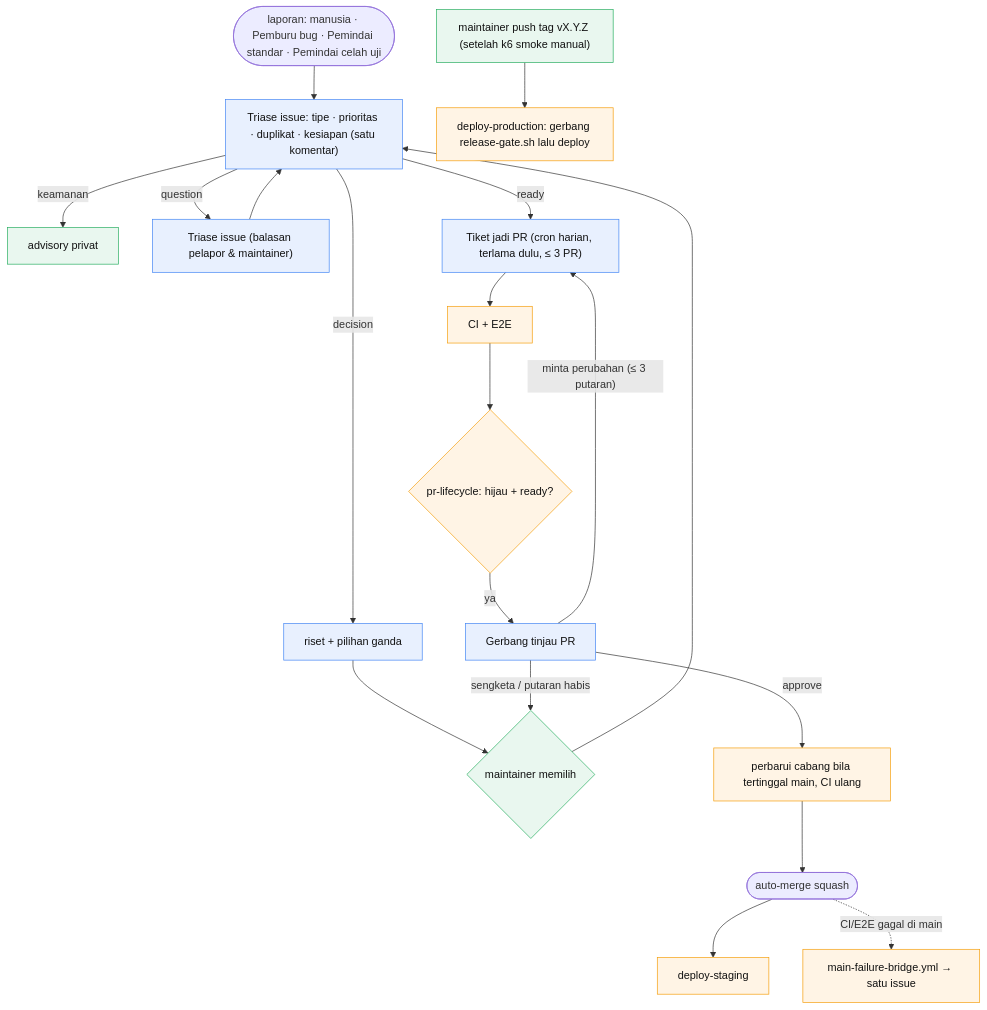
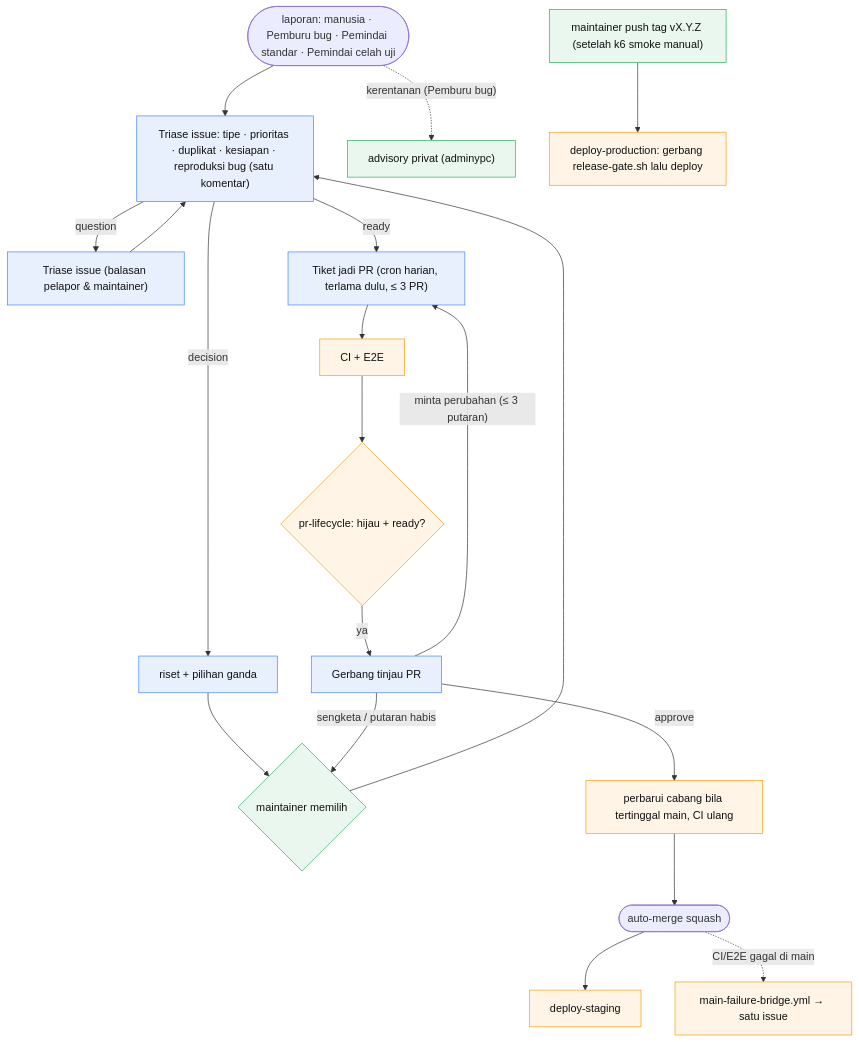
One commit to cipansor/cipansor changed the first of 6 diagrams in docs/SDLC-FLOW.md. Above: the diagram before and after it, drawn with Mermaid. The commit also changed other lines of this file and 4 other files, not shown here.

````diff
--- a/docs/SDLC-FLOW.md
+++ b/docs/SDLC-FLOW.md
@@ -193,20 +193,20 @@
 ```mermaid
 flowchart TD
   classDef cloud fill:#e8f0fe,stroke:#4285f4,color:#111;
   classDef gh fill:#fff4e5,stroke:#f59e0b,color:#111;
   classDef human fill:#e9f7ef,stroke:#27ae60,color:#111;
 
-  IN(["laporan: manusia · Pemburu bug · Pemindai standar · Pemindai celah uji"]) --> TR["Triase issue: tipe · prioritas · duplikat · kesiapan (satu komentar)"]:::cloud
-  TR -- keamanan --> ADV["advisory privat"]:::human
+  IN(["laporan: manusia · Pemburu bug · Pemindai standar · Pemindai celah uji"]) --> TR["Triase issue: tipe · prioritas · duplikat · kesiapan · reproduksi bug (satu komentar)"]:::cloud
+  IN -. "kerentanan (Pemburu bug)" .-> ADV["advisory privat (adminypc)"]:::human
   TR -- question --> CL["Triase issue (balasan pelapor & maintainer)"]:::cloud --> TR
   TR -- decision --> DEC["riset + pilihan ganda"]:::cloud --> MD{"maintainer memilih"}:::human --> TR
   TR -- ready --> IMP["Tiket jadi PR (cron harian, terlama dulu, ≤ 3 PR)"]:::cloud
   IMP --> CI["CI + E2E"]:::gh --> LC{"pr-lifecycle: hijau + ready?"}:::gh
   LC -- ya --> GT["Gerbang tinjau PR"]:::cloud
   GT -- "minta perubahan (≤ 3 putaran)" --> IMP
   GT -- "sengketa / putaran habis" --> MD
   GT -- approve --> UPD["perbarui cabang bila tertinggal main, CI ulang"]:::gh --> MG(["auto-merge squash"])
   MG --> STG["deploy-staging"]:::gh
   MG -. "CI/E2E gagal di main" .-> BR["main-failure-bridge.yml → satu issue"]:::gh
   REL["maintainer push tag vX.Y.Z (setelah k6 smoke manual)"]:::human --> PRD["deploy-production: gerbang release-gate.sh lalu deploy"]:::gh
 ```
````
